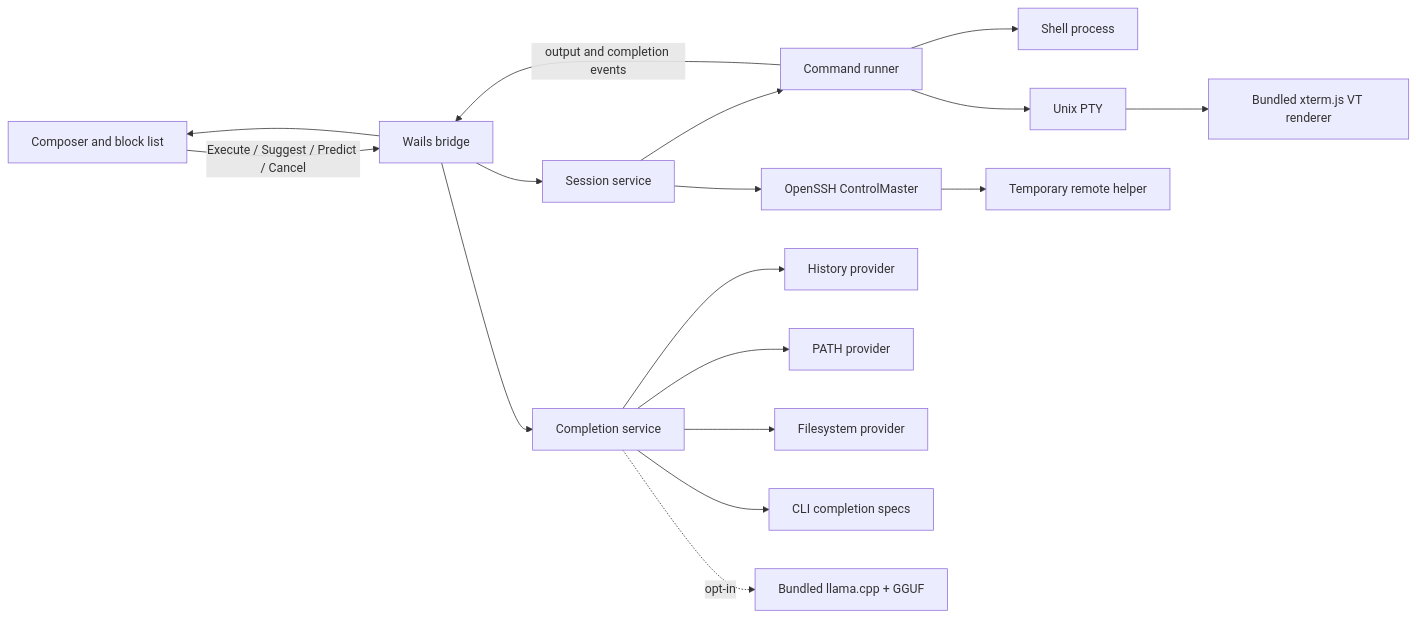
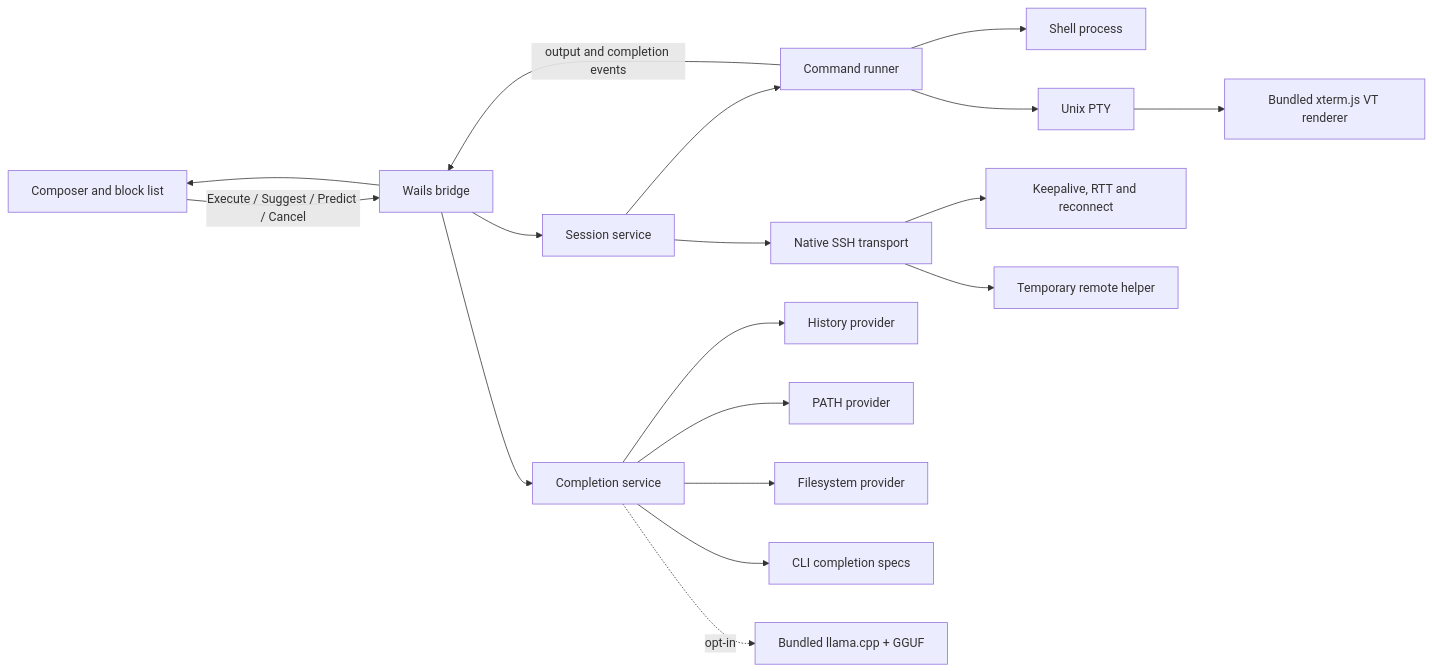
The first of 2 diagrams in docs/ARCHITECTURE.md (Allkrivtim/NTerm), drawn with Mermaid before and after one commit. The commit also changed other lines of this file and 30 other files, not shown here.

````diff
--- a/docs/ARCHITECTURE.md
+++ b/docs/ARCHITECTURE.md
@@ -91,19 +99,20 @@
 ```mermaid
 flowchart LR
     UI["Composer and block list"] -->|Execute / Suggest / Predict / Cancel| Bridge["Wails bridge"]
     Bridge --> Session["Session service"]
     Session --> Runner["Command runner"]
     Runner --> Shell["Shell process"]
     Runner --> PTY["Unix PTY"]
     PTY --> VT["Bundled xterm.js VT renderer"]
-    Session --> SSH["OpenSSH ControlMaster"]
+    Session --> SSH["Native SSH transport"]
+    SSH --> Health["Keepalive, RTT and reconnect"]
     SSH --> Helper["Temporary remote helper"]
     Runner -->|output and completion events| Bridge
     Bridge --> UI
     Bridge --> Complete["Completion service"]
     Complete --> History["History provider"]
     Complete --> Path["PATH provider"]
     Complete --> Files["Filesystem provider"]
     Complete --> Specs["CLI completion specs"]
     Complete -. opt-in .-> Model["Bundled llama.cpp + GGUF"]
 ```
````
